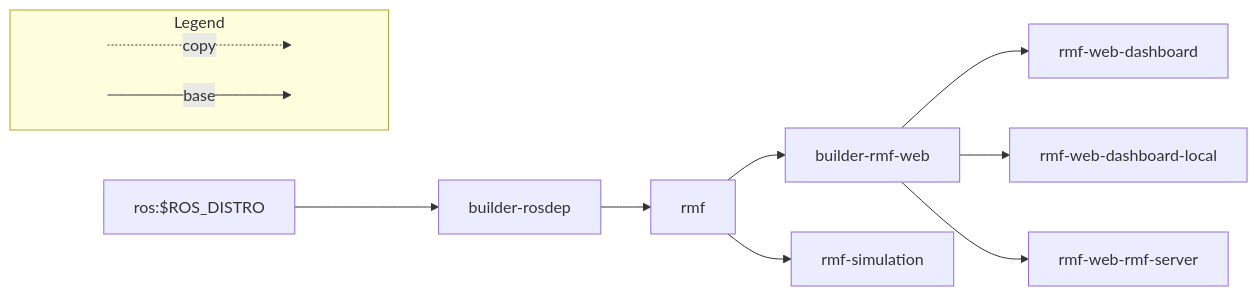
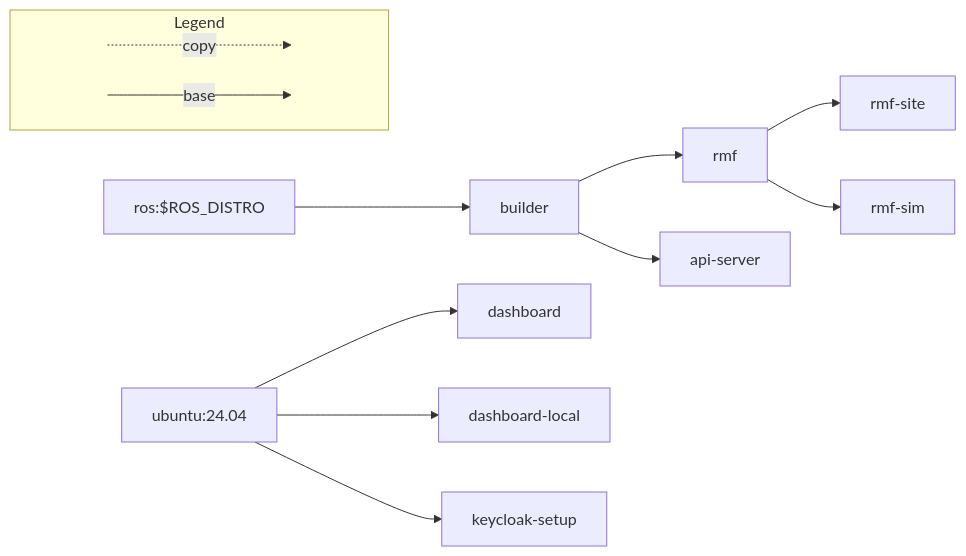
Before and after one commit to open-rmf/rmf_deployment_template: the diagram in README.md, drawn with Mermaid. The commit also changed other lines of this file, not shown here.

Commit message:
cleanup readme for clear differences between prod and local test deployment

````diff
--- a/README.md
+++ b/README.md
@@ -149,18 +36,20 @@
 ```mermaid
 flowchart LR
     subgraph Legend
       direction LR
       start1[ ] -..->|copy| stop1[ ]
       start2[ ] --->|base| stop2[ ]
       style start1 height:0px;
       style stop1 height:0px;
       style start2 height:0px;
       style stop2 height:0px;
     end
-    ros:$ROS_DISTRO --> builder-rosdep --> rmf
-    rmf --> builder-rmf-web
-    rmf --> rmf-simulation
-    builder-rmf-web --> rmf-web-dashboard
-    builder-rmf-web --> rmf-web-dashboard-local
-    builder-rmf-web --> rmf-web-rmf-server
+    ros:$ROS_DISTRO --> builder
+    builder --> rmf
+    builder --> api-server
+    rmf --> rmf-site
+    rmf --> rmf-sim
+    ubuntu:24.04 --> dashboard
+    ubuntu:24.04 --> dashboard-local
+    ubuntu:24.04 --> keycloak-setup
 ```
````
